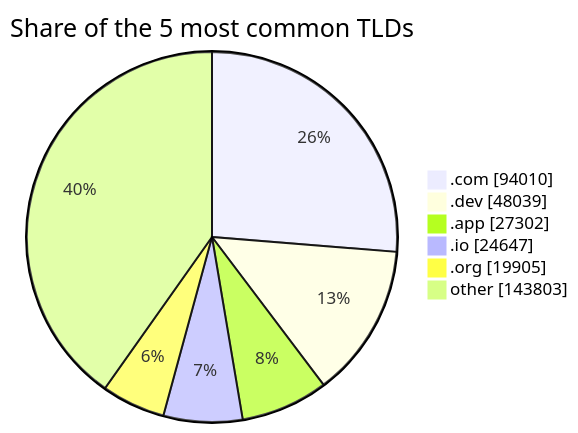
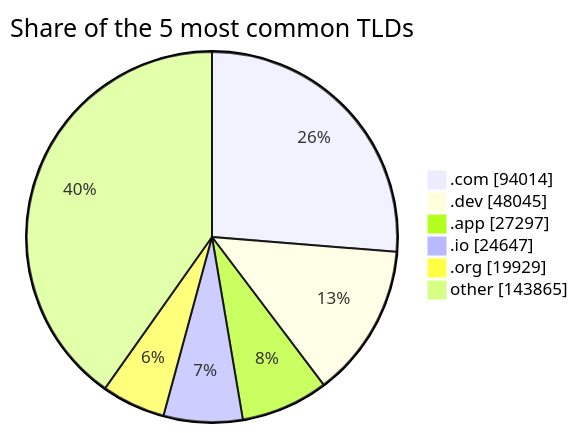
Before and after one commit to DNSBunker/CTI: the third of 3 diagrams in README.md, drawn with Mermaid. The commit also changed other lines of this file and 3 other files, not shown here.

````diff
--- a/README.md
+++ b/README.md
@@ -81,9 +81,9 @@
 ```mermaid
 pie showData title Share of the 5 most common TLDs
-    ".com" : 94010
-    ".dev" : 48039
-    ".app" : 27302
+    ".com" : 94014
+    ".dev" : 48045
+    ".app" : 27297
     ".io" : 24647
-    ".org" : 19905
-    "other" : 143803
+    ".org" : 19929
+    "other" : 143865
 ```
````
